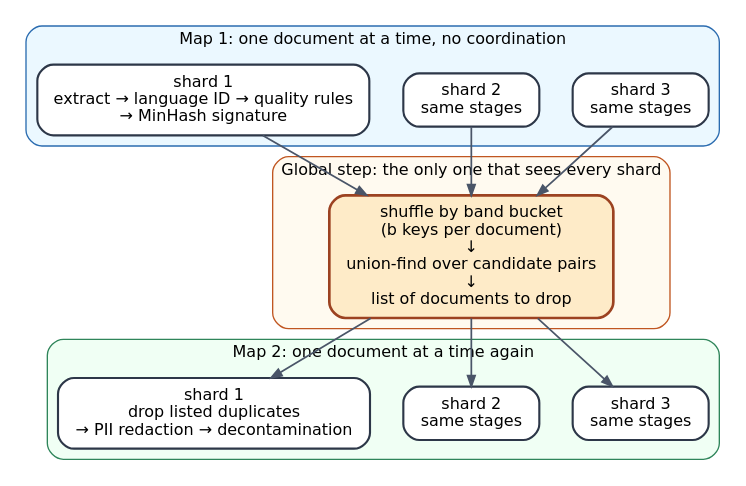
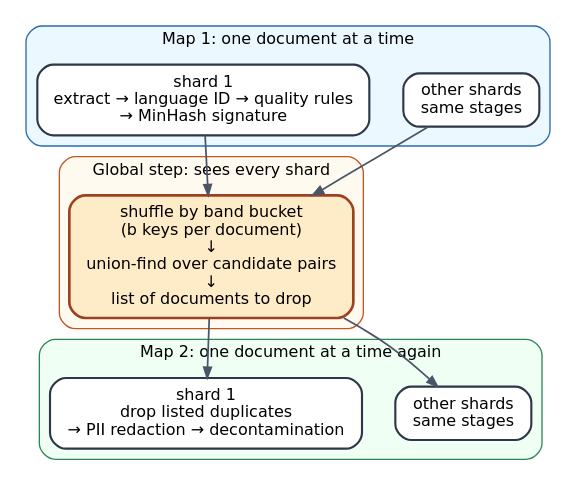
Before and after one commit to Beaker12/llmatlas: the diagram in chapters/04-preprocessing/figures/pipeline-map-shuffle.dot, drawn with Graphviz. The commit also changed 9 other files, not shown here.

Commit message:
Chapter 4 figures: a narrower pipeline schematic shown at 460 px, and no figure text below 8 pt

```diff
--- a/chapters/04-preprocessing/figures/pipeline-map-shuffle.dot
+++ b/chapters/04-preprocessing/figures/pipeline-map-shuffle.dot
@@ -1,30 +1,28 @@
 digraph pipeline_map_shuffle {
   graph [fontname="DejaVu Sans", nodesep=0.35, ranksep=0.55, newrank=true];
   node  [shape=box, style="rounded,filled", fontname="DejaVu Sans", fontsize=12, color="#4a5568", penwidth=1.4, margin="0.18,0.10"];
   edge  [color="#4a5568", penwidth=1.3, arrowsize=0.8];
 
   subgraph cluster_map1 {
-    label="Map 1: one document at a time, no coordination"; fontname="DejaVu Sans"; fontsize=12;
+    label="Map 1: one document at a time"; fontname="DejaVu Sans"; fontsize=12;
     style="rounded,filled"; fillcolor="#ebf8ff"; color="#2b6cb0";
-    m3 [label="shard 3\nsame stages", fillcolor="#ffffff", color="#2d3748", penwidth=1.6];
-    m2 [label="shard 2\nsame stages", fillcolor="#ffffff", color="#2d3748", penwidth=1.6];
+    m2 [label="other shards\nsame stages", fillcolor="#ffffff", color="#2d3748", penwidth=1.6];
     m1 [label="shard 1\nextract → language ID → quality rules\n→ MinHash signature", fillcolor="#ffffff", color="#2d3748", penwidth=1.6];
   }
 
   subgraph cluster_global {
-    label="Global step: the only one that sees every shard"; fontname="DejaVu Sans"; fontsize=12;
+    label="Global step: sees every shard"; fontname="DejaVu Sans"; fontsize=12;
     style="rounded,filled"; fillcolor="#fffaf0"; color="#c05621";
     g [label="shuffle by band bucket\n(b keys per document)\n↓\nunion-find over candidate pairs\n↓\nlist of documents to drop", fillcolor="#feebc8", color="#9c4221", penwidth=2.0];
   }
 
   subgraph cluster_map2 {
     label="Map 2: one document at a time again"; fontname="DejaVu Sans"; fontsize=12;
     style="rounded,filled"; fillcolor="#f0fff4"; color="#2f855a";
-    f3 [label="shard 3\nsame stages", fillcolor="#ffffff", color="#2d3748", penwidth=1.6];
-    f2 [label="shard 2\nsame stages", fillcolor="#ffffff", color="#2d3748", penwidth=1.6];
+    f2 [label="other shards\nsame stages", fillcolor="#ffffff", color="#2d3748", penwidth=1.6];
     f1 [label="shard 1\ndrop listed duplicates\n→ PII redaction → decontamination", fillcolor="#ffffff", color="#2d3748", penwidth=1.6];
   }
 
-  m3 -> g; m2 -> g; m1 -> g;
-  g -> f3; g -> f2; g -> f1;
+  m2 -> g; m1 -> g;
+  g -> f2; g -> f1;
 }
```
